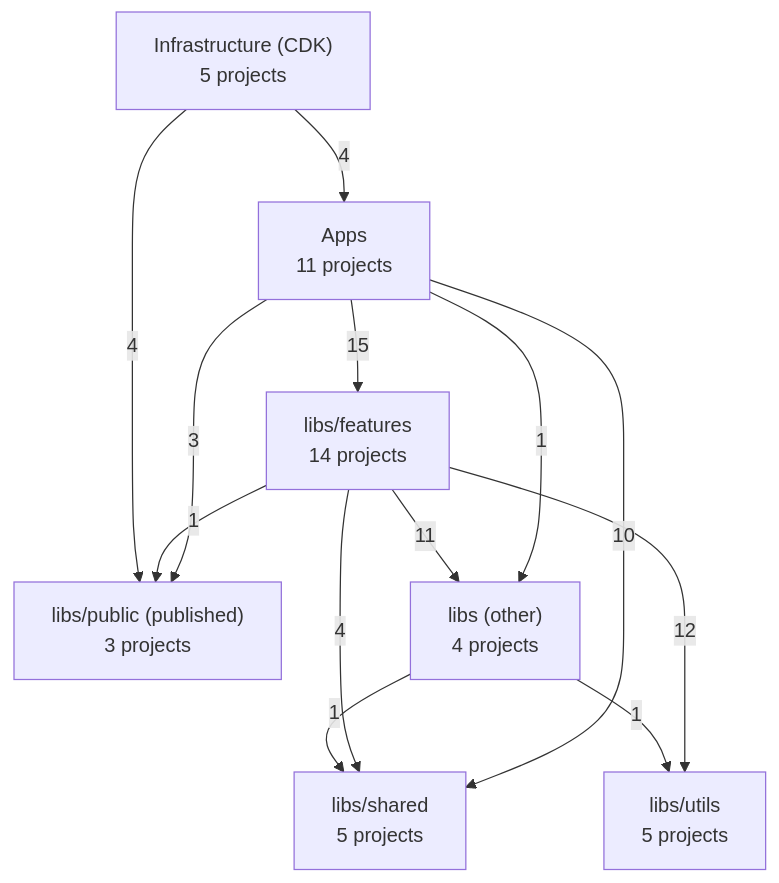
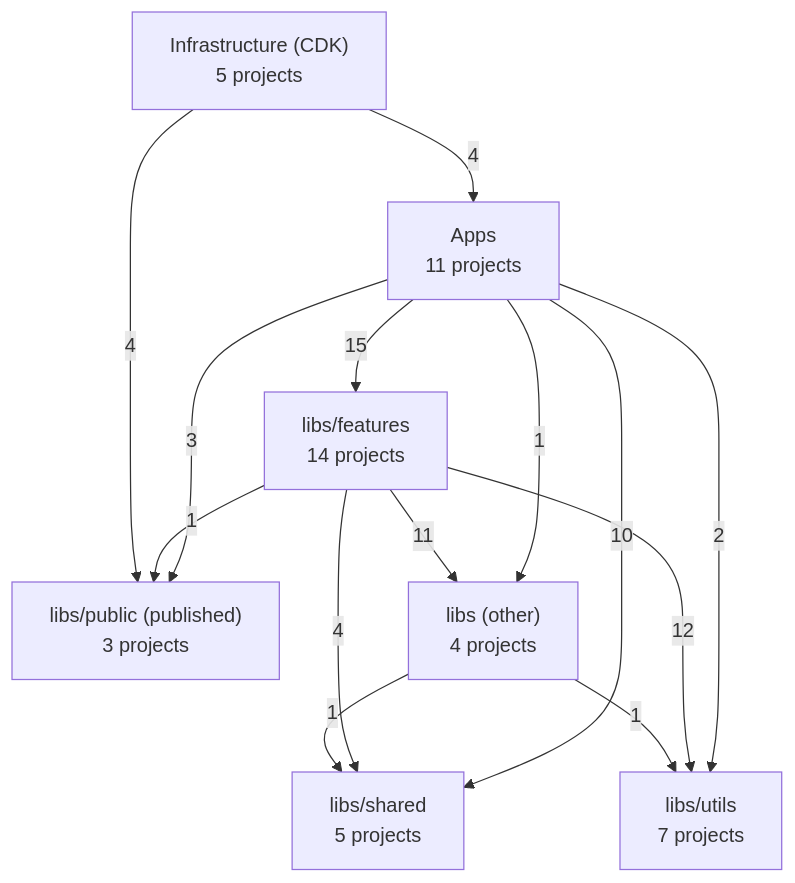
The first of 4 diagrams in docs/architecture/README.md (WolfSoko/wol-sok-mono), drawn with Mermaid before and after one commit. The commit also changed other lines of this file and 45 other files, not shown here.

First line of the commit message:
refactor(pacetrainer): ♻️ move time units and JSON helpers into utils libs

````diff
--- a/docs/architecture/README.md
+++ b/docs/architecture/README.md
@@ -26,22 +26,23 @@
 ```mermaid
 flowchart TD
   infra["Infrastructure (CDK)<br/>5 projects"]
   apps["Apps<br/>11 projects"]
   public["libs/public (published)<br/>3 projects"]
   features["libs/features<br/>14 projects"]
   shared["libs/shared<br/>5 projects"]
-  utils["libs/utils<br/>5 projects"]
+  utils["libs/utils<br/>7 projects"]
   other["libs (other)<br/>4 projects"]
   apps -- 15 --> features
   apps -- 1 --> other
   apps -- 3 --> public
   apps -- 10 --> shared
+  apps -- 2 --> utils
   features -- 11 --> other
   features -- 1 --> public
   features -- 4 --> shared
   features -- 12 --> utils
   infra -- 4 --> apps
   infra -- 4 --> public
   other -- 1 --> shared
   other -- 1 --> utils
 ```
````
